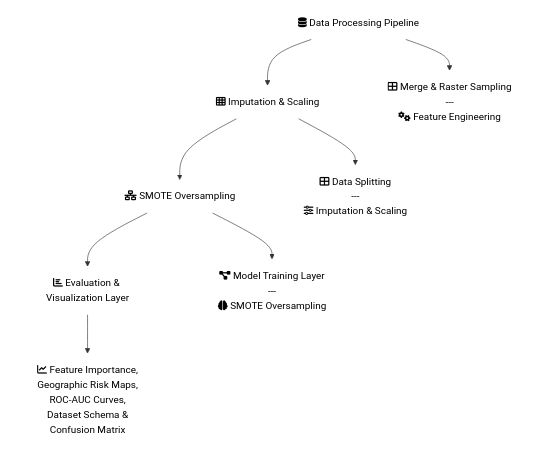
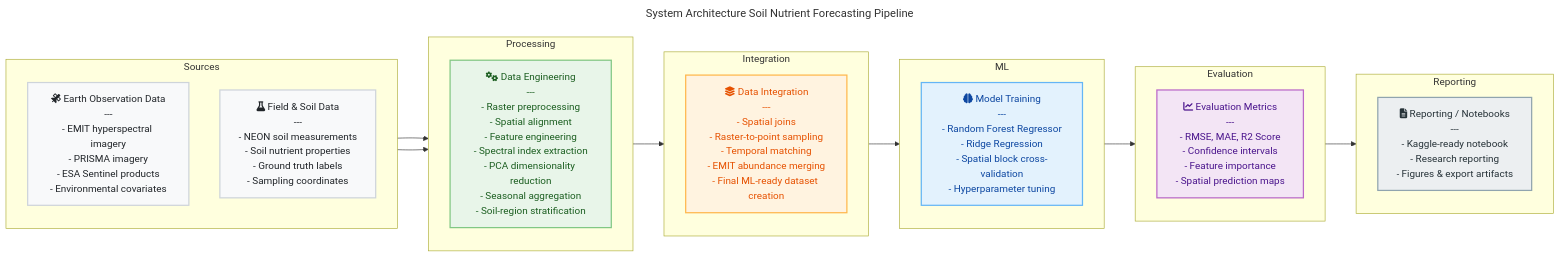
Before and after one commit to NCMFN/ClaudeCode: the diagram in assets/images/architecture/system_architecture.mmd, drawn with Mermaid. The commit also changed 1 other file, not shown here.

Commit message:
fig: Revamp system architecture diagram for Soil Nutrient pipeline

```diff
--- a/assets/images/architecture/system_architecture.mmd
+++ b/assets/images/architecture/system_architecture.mmd
@@ -1,26 +1,49 @@
-flowchart TD
-    %% Define Classes for Styling as per memory constraints
+---
+title: System Architecture Soil Nutrient Forecasting Pipeline
+---
+flowchart LR
+    classDef source fill:#f8f9fa,stroke:#ced4da,stroke-width:2px,color:#212529
+    classDef processing fill:#e8f5e9,stroke:#81c784,stroke-width:2px,color:#1b5e20
+    classDef integration fill:#fff3e0,stroke:#ffb74d,stroke-width:2px,color:#e65100
+    classDef ml fill:#e3f2fd,stroke:#64b5f6,stroke-width:2px,color:#0d47a1
+    classDef evaluation fill:#f3e5f5,stroke:#ba68c8,stroke-width:2px,color:#4a148c
+    classDef reporting fill:#eceff1,stroke:#90a4ae,stroke-width:2px,color:#263238
     classDef plain fill:transparent,stroke:none,color:#000
-    classDef mainbox fill:transparent,stroke:#ddd,stroke-width:2px,color:#000
 
-    %% Main Stages (Top Row)
-    DP_TOP["fa:fa-database Data Processing Pipeline"]:::plain
-    IS_TOP["fa:fa-th Imputation & Scaling"]:::plain
-    SO_TOP["fa:fa-network-wired SMOTE Oversampling"]:::plain
-    EV_TOP["fa:fa-chart-bar Evaluation & Visualization Layer"]:::plain
+    subgraph Sources
+        direction TB
+        EO["fa:fa-satellite Earth Observation Data<br>---<br>- EMIT hyperspectral imagery<br>- PRISMA imagery<br>- ESA Sentinel products<br>- Environmental covariates"]:::source
+        FIELD["fa:fa-flask Field & Soil Data<br>---<br>- NEON soil measurements<br>- Soil nutrient properties<br>- Ground truth labels<br>- Sampling coordinates"]:::source
+    end
 
-    DP_TOP --> IS_TOP
-    IS_TOP --> SO_TOP
-    SO_TOP --> EV_TOP
+    subgraph Processing
+        direction TB
+        DP["fa:fa-cogs Data Engineering<br>---<br>- Raster preprocessing<br>- Spatial alignment<br>- Feature engineering<br>- Spectral index extraction<br>- PCA dimensionality reduction<br>- Seasonal aggregation<br>- Soil-region stratification"]:::processing
+    end
 
-    %% Details
-    DP_BOT["fa:fa-th-large Merge & Raster Sampling<br>---<br>fa:fa-cogs Feature Engineering"]:::plain
-    IS_BOT["fa:fa-th-large Data Splitting<br>---<br>fa:fa-sliders-h Imputation & Scaling"]:::plain
-    SO_BOT["fa:fa-project-diagram Model Training Layer<br>---<br>fa:fa-brain SMOTE Oversampling"]:::plain
-    EV_BOT["fa:fa-chart-line Feature Importance,<br>Geographic Risk Maps,<br>ROC-AUC Curves,<br>Dataset Schema &<br>Confusion Matrix"]:::plain
+    subgraph Integration
+        direction TB
+        DI["fa:fa-layer-group Data Integration<br>---<br>- Spatial joins<br>- Raster-to-point sampling<br>- Temporal matching<br>- EMIT abundance merging<br>- Final ML-ready dataset creation"]:::integration
+    end
 
-    %% Connections
-    DP_TOP --> DP_BOT
-    IS_TOP --> IS_BOT
-    SO_TOP --> SO_BOT
-    EV_TOP --> EV_BOT
+    subgraph ML
+        direction TB
+        ML_MODELS["fa:fa-brain Model Training<br>---<br>- Random Forest Regressor<br>- Ridge Regression<br>- Spatial block cross-validation<br>- Hyperparameter tuning"]:::ml
+    end
+
+    subgraph Evaluation
+        direction TB
+        EVAL["fa:fa-chart-line Evaluation Metrics<br>---<br>- RMSE, MAE, R2 Score<br>- Confidence intervals<br>- Feature importance<br>- Spatial prediction maps"]:::evaluation
+    end
+
+    subgraph Reporting
+        direction TB
+        REP["fa:fa-file-alt Reporting / Notebooks<br>---<br>- Kaggle-ready notebook<br>- Research reporting<br>- Figures & export artifacts"]:::reporting
+    end
+
+    EO --> DP
+    FIELD --> DP
+    DP --> DI
+    DI --> ML_MODELS
+    ML_MODELS --> EVAL
+    EVAL --> REP
```
